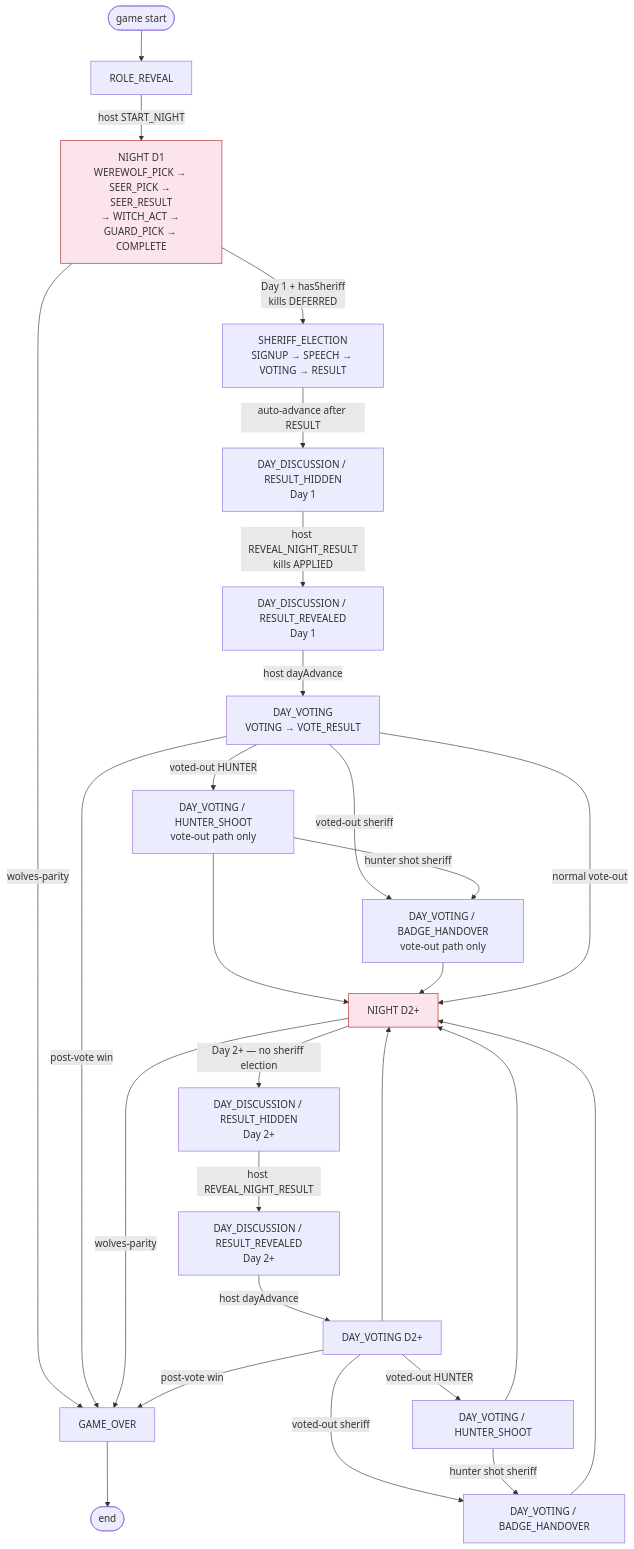
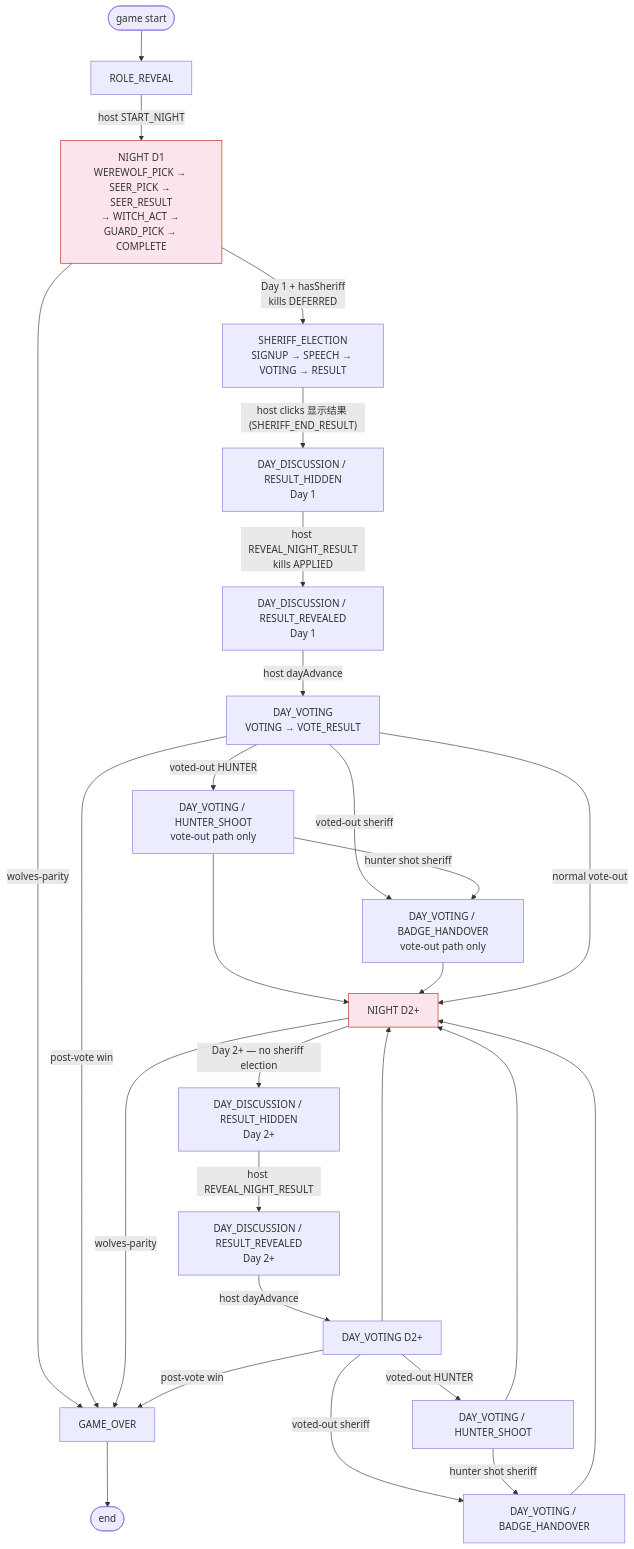
The first of 3 diagrams in docs/game-phase-flow.md (wangdaqian08/werewolf-simple), drawn with Mermaid before and after one commit. The commit also changed other lines of this file and 9 other files, not shown here.

````diff
--- a/docs/game-phase-flow.md
+++ b/docs/game-phase-flow.md
@@ -29,37 +29,37 @@
 ```mermaid
 flowchart TB
     START([game start]) --> RR["ROLE_REVEAL"]
     RR -->|"host START_NIGHT"| N1["NIGHT D1<br/>WEREWOLF_PICK → SEER_PICK → SEER_RESULT<br/>→ WITCH_ACT → GUARD_PICK → COMPLETE"]
 
     N1 -->|"wolves-parity"| GO["GAME_OVER"]
     N1 -->|"Day 1 + hasSheriff<br/>kills DEFERRED"| SE["SHERIFF_ELECTION<br/>SIGNUP → SPEECH → VOTING → RESULT"]
 
-    SE -->|"auto-advance after RESULT"| DH1["DAY_DISCUSSION / RESULT_HIDDEN<br/>Day 1"]
+    SE -->|"host clicks 显示结果 (SHERIFF_END_RESULT)"| DH1["DAY_DISCUSSION / RESULT_HIDDEN<br/>Day 1"]
     DH1 -->|"host REVEAL_NIGHT_RESULT<br/>kills APPLIED"| DR1["DAY_DISCUSSION / RESULT_REVEALED<br/>Day 1"]
     DR1 -->|"host dayAdvance"| DV1["DAY_VOTING<br/>VOTING → VOTE_RESULT"]
 
     DV1 -->|"voted-out HUNTER"| HS1["DAY_VOTING / HUNTER_SHOOT<br/>vote-out path only"]
     DV1 -->|"voted-out sheriff"| BH1["DAY_VOTING / BADGE_HANDOVER<br/>vote-out path only"]
     HS1 -->|"hunter shot sheriff"| BH1
     HS1 --> N2["NIGHT D2+"]
     BH1 --> N2
     DV1 -->|"normal vote-out"| N2
     DV1 -->|"post-vote win"| GO
 
     N2 -->|"wolves-parity"| GO
     N2 -->|"Day 2+ — no sheriff election"| DH2["DAY_DISCUSSION / RESULT_HIDDEN<br/>Day 2+"]
     DH2 -->|"host REVEAL_NIGHT_RESULT"| DR2["DAY_DISCUSSION / RESULT_REVEALED<br/>Day 2+"]
     DR2 -->|"host dayAdvance"| DV2["DAY_VOTING D2+"]
     DV2 -->|"voted-out HUNTER"| HS2["DAY_VOTING / HUNTER_SHOOT"]
     DV2 -->|"voted-out sheriff"| BH2["DAY_VOTING / BADGE_HANDOVER"]
     HS2 -->|"hunter shot sheriff"| BH2
     HS2 --> N2
     BH2 --> N2
     DV2 --> N2
     DV2 -->|"post-vote win"| GO
 
     GO --> END([end])
 
     classDef nightKillNoLastAction fill:#fce4ec,stroke:#b5251a
     class N1,N2 nightKillNoLastAction
 ```
````
